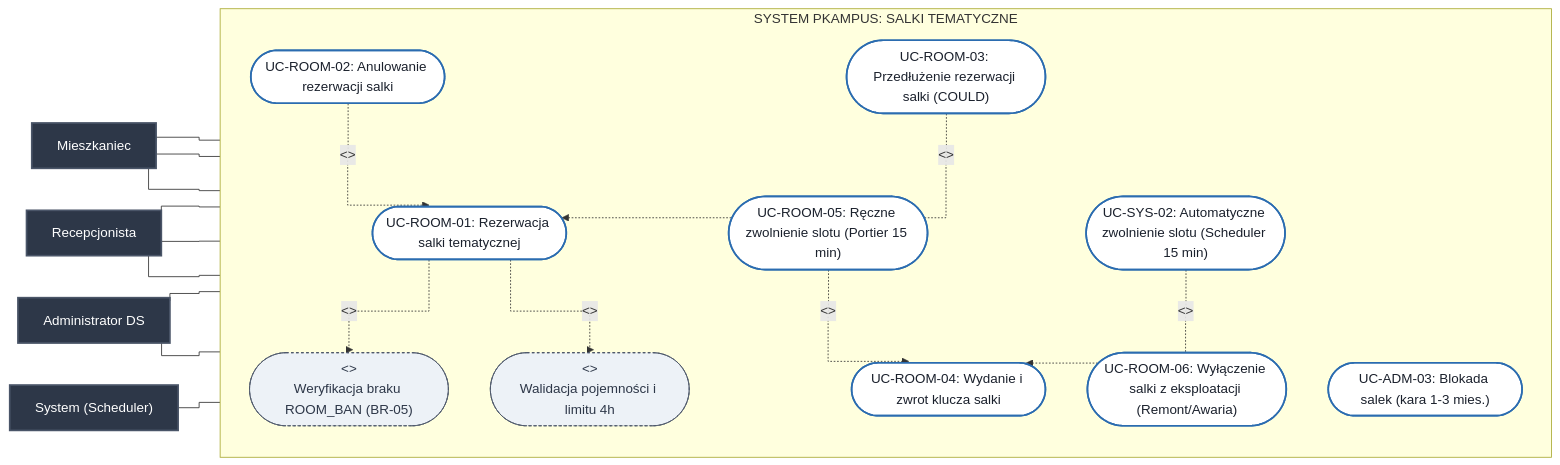
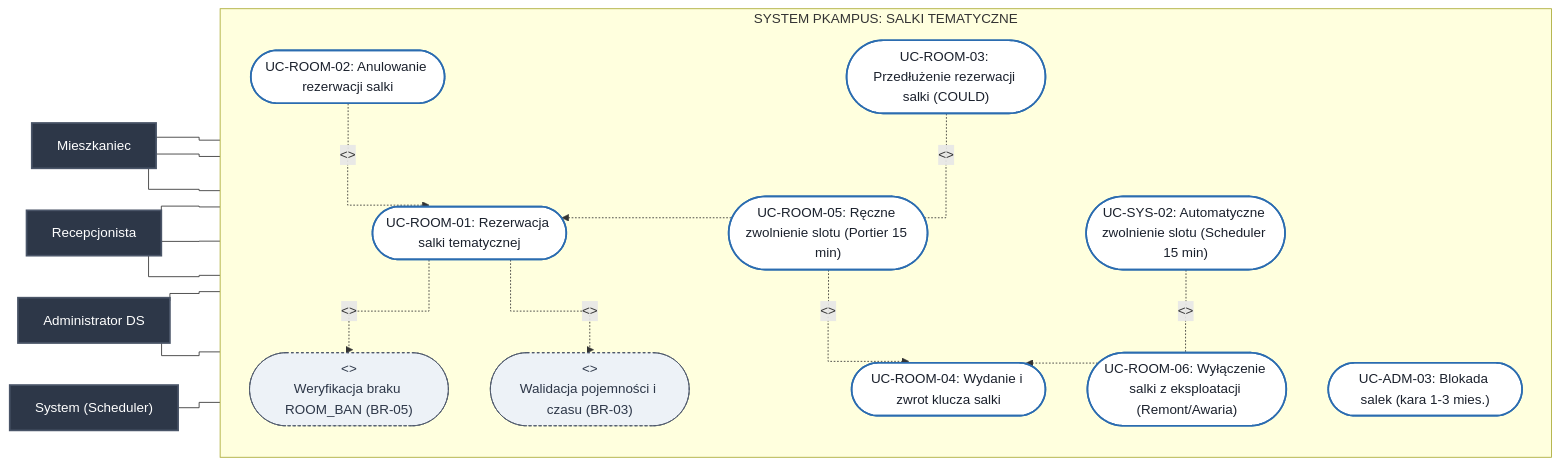
One commit to Buczy8/PKampus changed the fifth of 9 diagrams in Docs/Diagramy_Przypadkow_Uzycia.md. Above: the diagram before and after it, drawn with Mermaid. The commit also changed other lines of this file and 1 other file, not shown here.

````diff
--- a/Docs/Diagramy_Przypadkow_Uzycia.md
+++ b/Docs/Diagramy_Przypadkow_Uzycia.md
@@ -187,45 +187,45 @@
 ```mermaid
 %%{init: {'flowchart': {'curve': 'stepBefore'}}}%%
 flowchart LR
     classDef actorStyle fill:#2d3748,stroke:#4a5568,stroke-width:2px,color:#fff;
     classDef ucStyle fill:#fff,stroke:#2b6cb0,stroke-width:2px,color:#1a202c;
     classDef subUcStyle fill:#edf2f7,stroke:#4a5568,stroke-width:1px,stroke-dasharray: 3 3,color:#2d3748;
 
     Student["Mieszkaniec"]:::actorStyle
 
     subgraph System_Rooms ["SYSTEM PKAMPUS: SALKI TEMATYCZNE"]
         direction TB
         UC_ROOM_01(["UC-ROOM-01: Rezerwacja salki tematycznej"]):::ucStyle
         UC_INC_SANCTION(["<<include>><br/>Weryfikacja braku ROOM_BAN (BR-05)"]):::subUcStyle
-        UC_INC_CAPACITY(["<<include>><br/>Walidacja pojemności i limitu 4h"]):::subUcStyle
+        UC_INC_CAPACITY(["<<include>><br/>Walidacja pojemności i czasu (BR-03)"]):::subUcStyle
         UC_ROOM_02(["UC-ROOM-02: Anulowanie rezerwacji salki"]):::ucStyle
         UC_ROOM_03(["UC-ROOM-03: Przedłużenie rezerwacji salki (COULD)"]):::ucStyle
         UC_ROOM_04(["UC-ROOM-04: Wydanie i zwrot klucza salki"]):::ucStyle
         UC_ROOM_05(["UC-ROOM-05: Ręczne zwolnienie slotu (Portier 15 min)"]):::ucStyle
         UC_ROOM_06(["UC-ROOM-06: Wyłączenie salki z eksploatacji (Remont/Awaria)"]):::ucStyle
         UC_ADM_03(["UC-ADM-03: Blokada salek (kara 1-3 mies.)"]):::ucStyle
         UC_SYS_02(["UC-SYS-02: Automatyczne zwolnienie slotu (Scheduler 15 min)"]):::ucStyle
 
         UC_ROOM_01 -.->|"<<include>>"| UC_INC_SANCTION
         UC_ROOM_01 -.->|"<<include>>"| UC_INC_CAPACITY
         UC_ROOM_02 -.->|"<<extend>>"| UC_ROOM_01
         UC_ROOM_03 -.->|"<<extend>>"| UC_ROOM_01
         UC_ROOM_05 -.->|"<<extend>>"| UC_ROOM_04
         UC_SYS_02 -.->|"<<extend>>"| UC_ROOM_04
     end
 
     Portier["Recepcjonista"]:::actorStyle
     AdminDS["Administrator DS"]:::actorStyle
     Sys["System (Scheduler)"]:::actorStyle
 
     Student --- UC_ROOM_01
     Student --- UC_ROOM_02
     Student --- UC_ROOM_03
 
     Portier --- UC_ROOM_04
     Portier --- UC_ROOM_05
     Portier --- UC_ROOM_06
     AdminDS --- UC_ROOM_06
     AdminDS --- UC_ADM_03
     Sys --- UC_SYS_02
 ```
````
